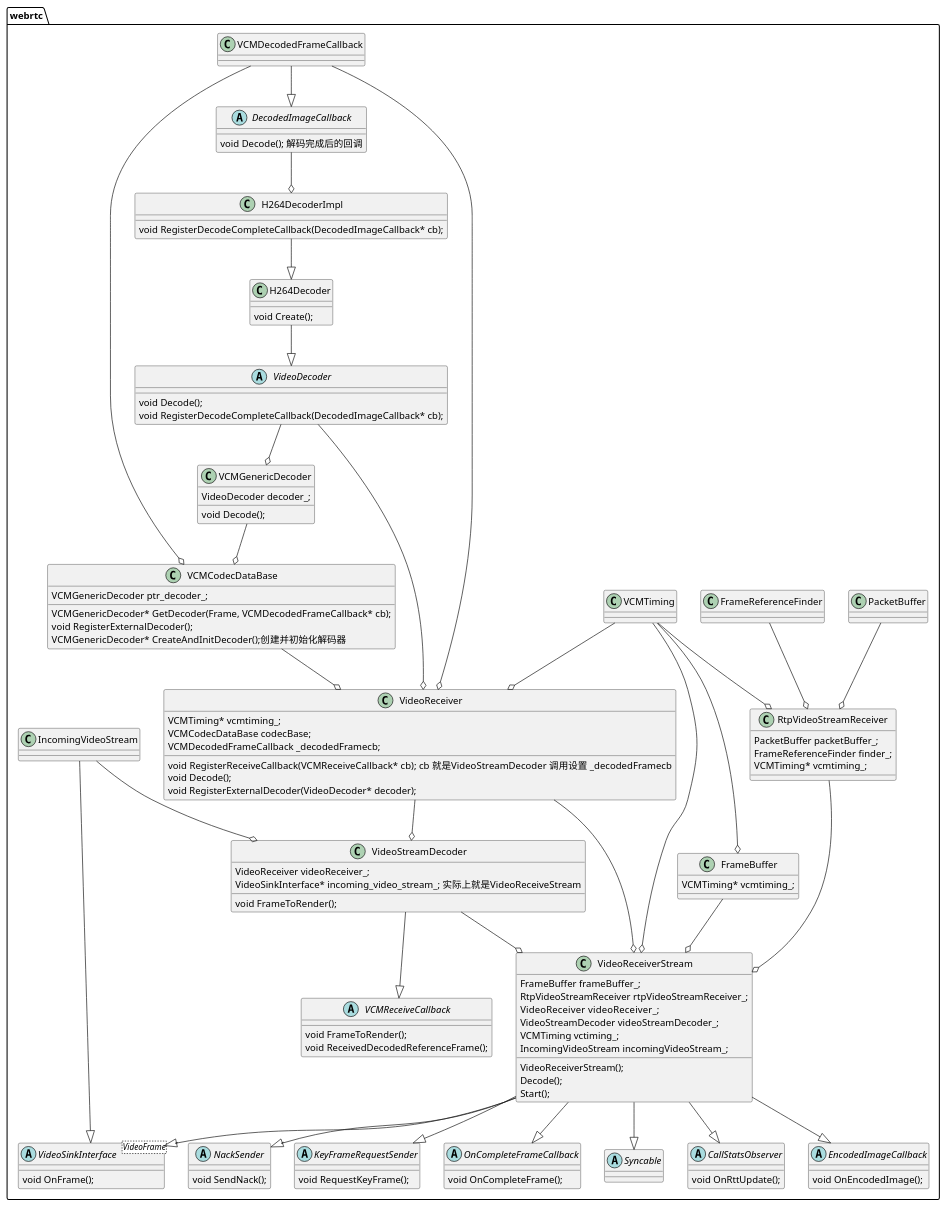
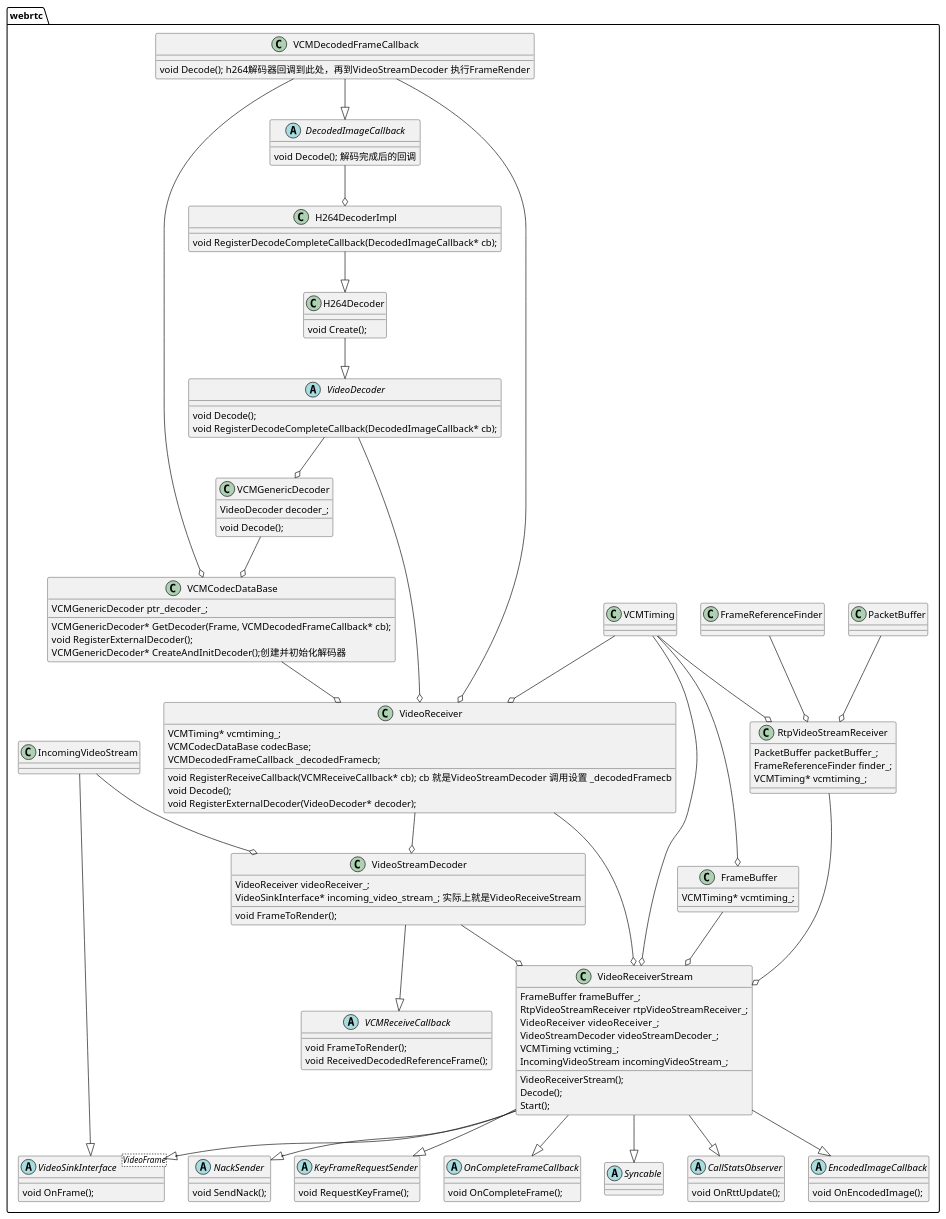
One commit to hjybdrs/hjybdrs.github.io changed the diagram in source/_posts/videojitterbuffer.md. Above: the diagram before and after it, drawn with PlantUML. The commit also changed 2 other files, not shown here.

Commit message:
decoded 往回回馈

```diff
--- a/source/_posts/videojitterbuffer.md
+++ b/source/_posts/videojitterbuffer.md
@@ -105,7 +105,7 @@
     VideoDecoder --o VCMGenericDecoder
 
     class VCMDecodedFrameCallback {
-
+        void Decode(); h264解码器回调到此处，再到VideoStreamDecoder 执行FrameRender
     }
 
     VCMDecodedFrameCallback --|> DecodedImageCallback
```
